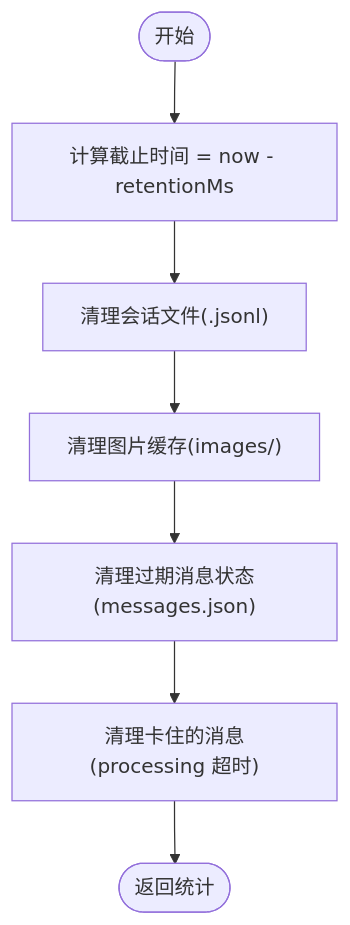
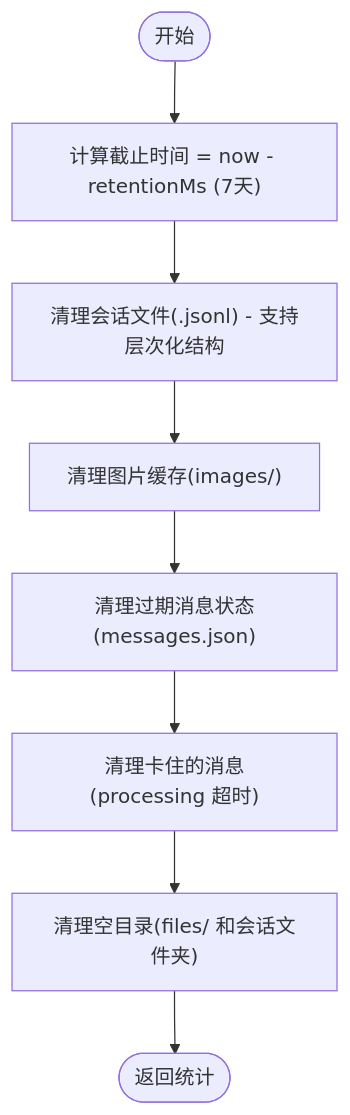
One commit to HeXiaoShu520/feishu-pi changed the fifth of 8 diagrams in .qoder/repowiki/zh/content/数据管理/数据管理.md. Above: the diagram before and after it, drawn with Mermaid. The commit also changed other lines of this file and 47 other files, not shown here.

````diff
--- a/.qoder/repowiki/zh/content/数据管理/数据管理.md
+++ b/.qoder/repowiki/zh/content/数据管理/数据管理.md
@@ -196,9 +222,10 @@
 ```mermaid
 flowchart TD
-S(["开始"]) --> T1["计算截止时间 = now - retentionMs"]
-T1 --> C1["清理会话文件(.jsonl)"]
+S(["开始"]) --> T1["计算截止时间 = now - retentionMs (7天)"]
+T1 --> C1["清理会话文件(.jsonl) - 支持层次化结构"]
 C1 --> C2["清理图片缓存(images/)"]
 C2 --> C3["清理过期消息状态(messages.json)"]
 C3 --> C4["清理卡住的消息(processing 超时)"]
-C4 --> R(["返回统计"])
+C4 --> C5["清理空目录(files/ 和会话文件夹)"]
+C5 --> R(["返回统计"])
 ```
````
